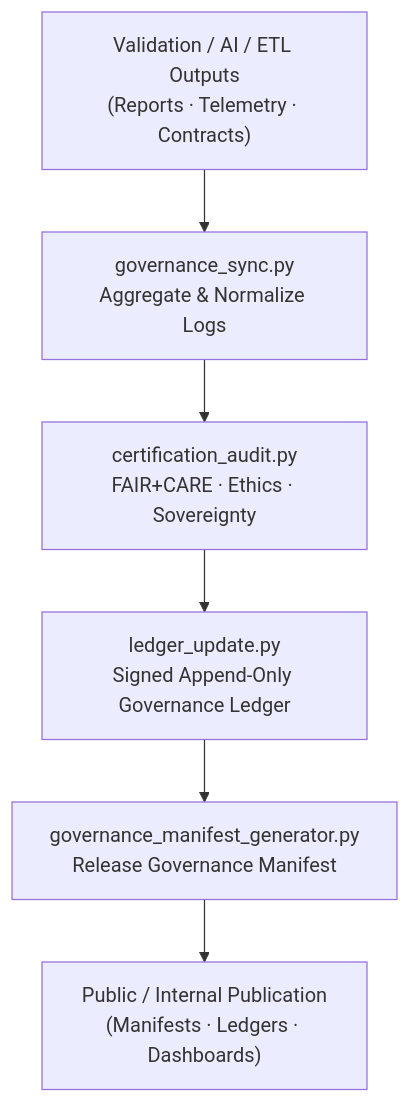
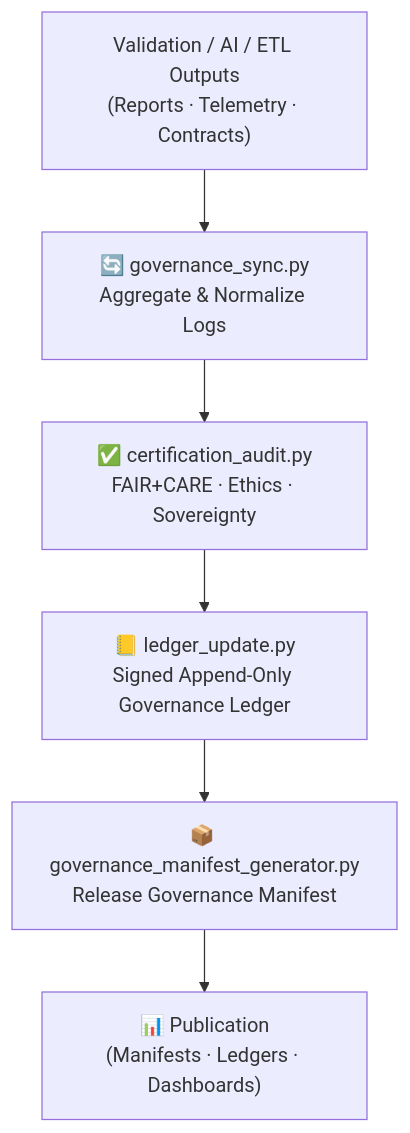
One commit to bartytime4life/Kansas-Frontier-Matrix changed the diagram in tools/governance/README.md. Above: the diagram before and after it, drawn with Mermaid. The commit also changed other lines of this file, not shown here.

````diff
--- a/tools/governance/README.md
+++ b/tools/governance/README.md
@@ -162,9 +170,9 @@
-~~~~mermaid
+```mermaid
 flowchart TD
     A["Validation / AI / ETL Outputs\n(Reports · Telemetry · Contracts)"]
-      --> B["governance_sync.py\nAggregate & Normalize Logs"]
-    B --> C["certification_audit.py\nFAIR+CARE · Ethics · Sovereignty"]
-    C --> D["ledger_update.py\nSigned Append-Only Governance Ledger"]
-    D --> E["governance_manifest_generator.py\nRelease Governance Manifest"]
-    E --> F["Public / Internal Publication\n(Manifests · Ledgers · Dashboards)"]
-~~~~
+      --> B["🔄 governance_sync.py\nAggregate & Normalize Logs"]
+    B --> C["✅ certification_audit.py\nFAIR+CARE · Ethics · Sovereignty"]
+    C --> D["📒 ledger_update.py\nSigned Append-Only Governance Ledger"]
+    D --> E["📦 governance_manifest_generator.py\nRelease Governance Manifest"]
+    E --> F["📊 Publication\n(Manifests · Ledgers · Dashboards)"]
+```
````
